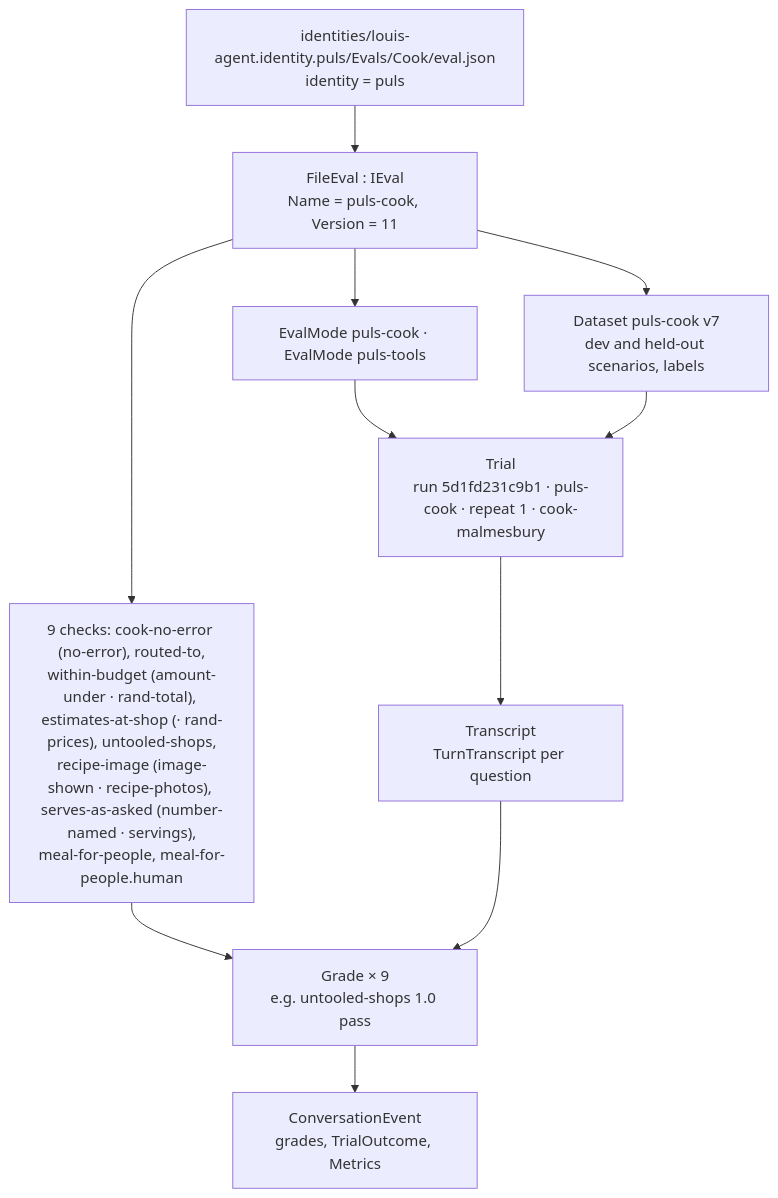
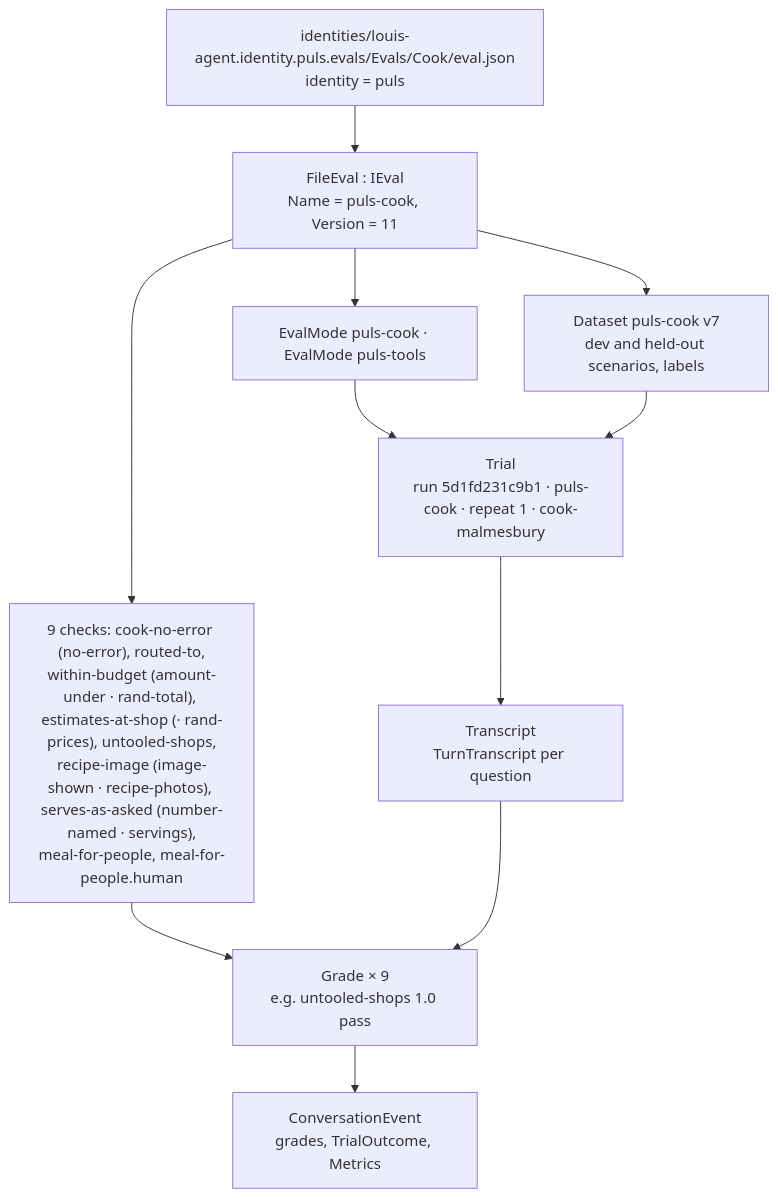
The third of 5 diagrams in docs/architecture/evals.md (bosbevk/louis-agent), drawn with Mermaid before and after one commit. The commit also changed other lines of this file and 311 other files, not shown here.

````diff
--- a/docs/architecture/evals.md
+++ b/docs/architecture/evals.md
@@ -208,22 +210,22 @@
 ```mermaid
 flowchart TB
-  set["identities/louis-agent.identity.puls/Evals/Cook/eval.json<br/>identity = puls"]
+  set["identities/louis-agent.identity.puls.evals/Evals/Cook/eval.json<br/>identity = puls"]
   eval["FileEval : IEval<br/>Name = puls-cook, Version = 11"]
   modes["EvalMode puls-cook · EvalMode puls-tools"]
   data["Dataset puls-cook v7<br/>dev and held-out scenarios, labels"]
   graders["9 checks: cook-no-error (no-error), routed-to,<br/>within-budget (amount-under · rand-total), estimates-at-shop (· rand-prices), untooled-shops,<br/>recipe-image (image-shown · recipe-photos), serves-as-asked (number-named · servings),<br/>meal-for-people, meal-for-people.human"]
   trial["Trial<br/>run 5d1fd231c9b1 · puls-cook · repeat 1 · cook-malmesbury"]
   transcript["Transcript<br/>TurnTranscript per question"]
   grades["Grade × 9<br/>e.g. untooled-shops 1.0 pass"]
   conv["ConversationEvent<br/>grades, TrialOutcome, Metrics"]
   set --> eval
   eval --> modes
   eval --> data
   eval --> graders
   modes --> trial
   data --> trial
   trial --> transcript
   graders --> grades
   transcript --> grades
   grades --> conv
 ```
````
